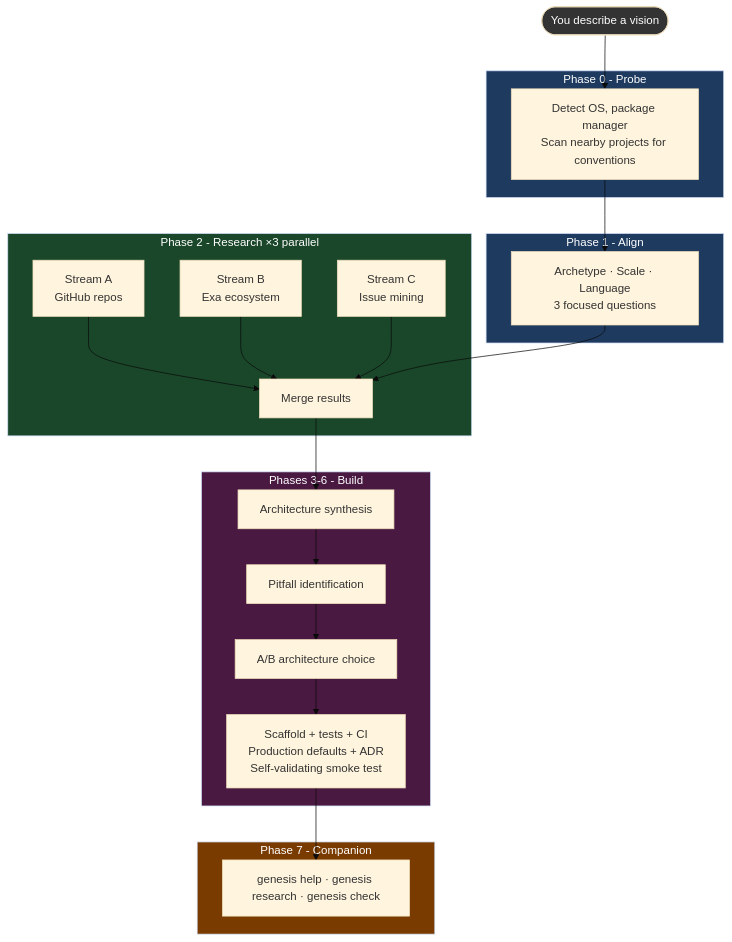
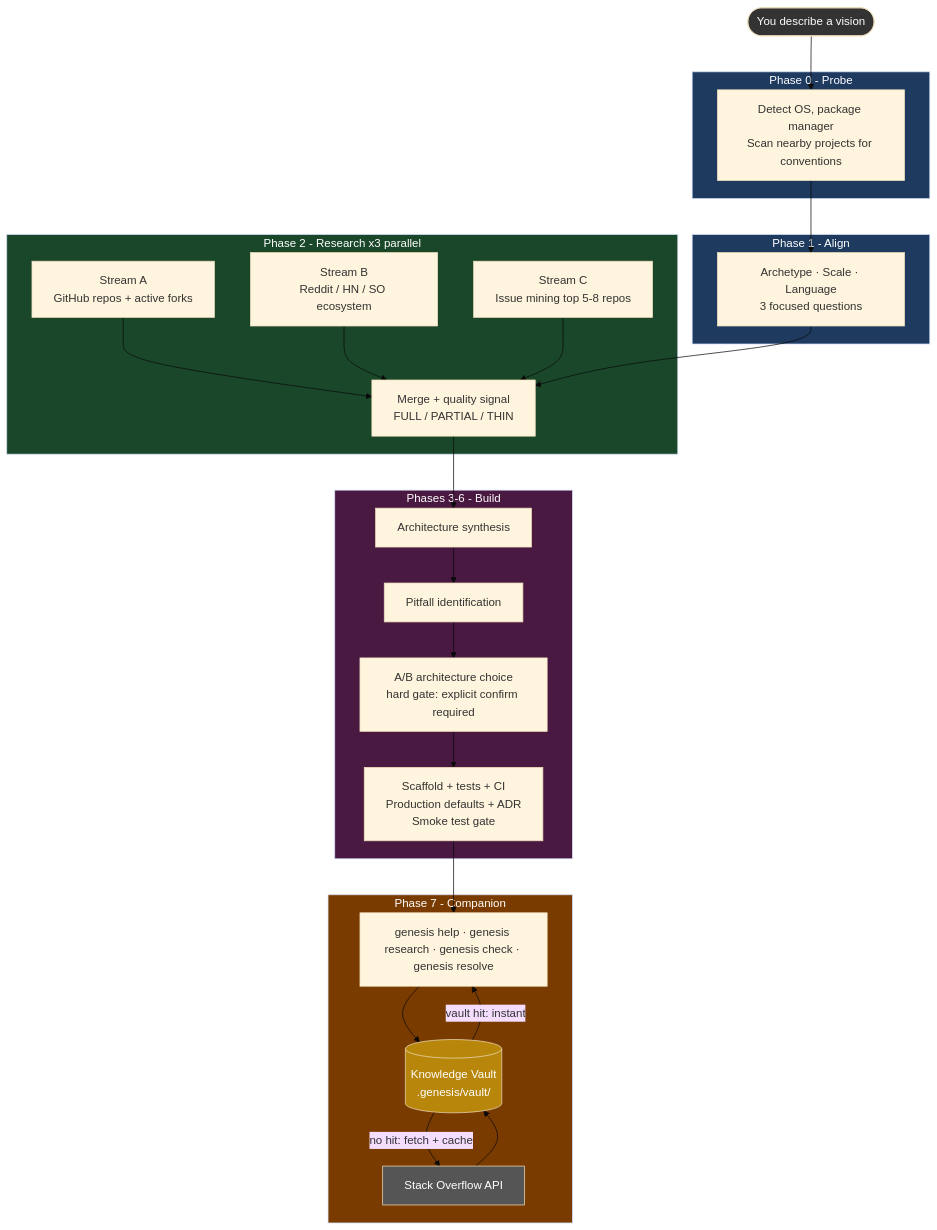
Before and after one commit to maioio/genesis-architect: the diagram in README.md, drawn with Mermaid (base theme). The commit also changed other lines of this file, not shown here.

First line of the commit message:
docs: v2.1.0 README overhaul - active intelligence positioning

````diff
--- a/README.md
+++ b/README.md
@@ -63,39 +128,45 @@
 ```mermaid
 flowchart TD
     A([You describe a vision]) --> B
 
     subgraph P0["Phase 0 - Probe"]
         B[Detect OS, package manager\nScan nearby projects for conventions]
     end
 
     subgraph P1["Phase 1 - Align"]
         C[Archetype · Scale · Language\n3 focused questions]
     end
 
-    subgraph P2["Phase 2 - Research ×3 parallel"]
-        D1[Stream A\nGitHub repos]
-        D2[Stream B\nExa ecosystem]
-        D3[Stream C\nIssue mining]
-        D1 & D2 & D3 --> E[Merge results]
+    subgraph P2["Phase 2 - Research x3 parallel"]
+        D1[Stream A\nGitHub repos + active forks]
+        D2[Stream B\nReddit / HN / SO ecosystem]
+        D3[Stream C\nIssue mining top 5-8 repos]
+        D1 & D2 & D3 --> E[Merge + quality signal\nFULL / PARTIAL / THIN]
     end
 
     subgraph P3456["Phases 3-6 - Build"]
         F[Architecture synthesis] --> G[Pitfall identification]
-        G --> H[A/B architecture choice]
-        H --> I[Scaffold + tests + CI\nProduction defaults + ADR\nSelf-validating smoke test]
+        G --> H[A/B architecture choice\nhard gate: explicit confirm required]
+        H --> I[Scaffold + tests + CI\nProduction defaults + ADR\nSmoke test gate]
     end
 
     subgraph P7["Phase 7 - Companion"]
-        J[genesis help · genesis research · genesis check]
+        J[genesis help · genesis research · genesis check · genesis resolve]
+        J --> K[(Knowledge Vault\n.genesis/vault/)]
+        K -->|vault hit: instant| J
+        K -->|no hit: fetch + cache| L[Stack Overflow API]
+        L --> K
     end
 
     B --> C --> E --> F
     I --> J
 
     style P0 fill:#1e3a5f,color:#fff
     style P1 fill:#1e3a5f,color:#fff
     style P2 fill:#1a472a,color:#fff
     style P3456 fill:#4a1942,color:#fff
     style P7 fill:#7a3b00,color:#fff
+    style K fill:#b8860b,color:#fff
+    style L fill:#555,color:#fff
     style A fill:#333,color:#fff
 ```
````
